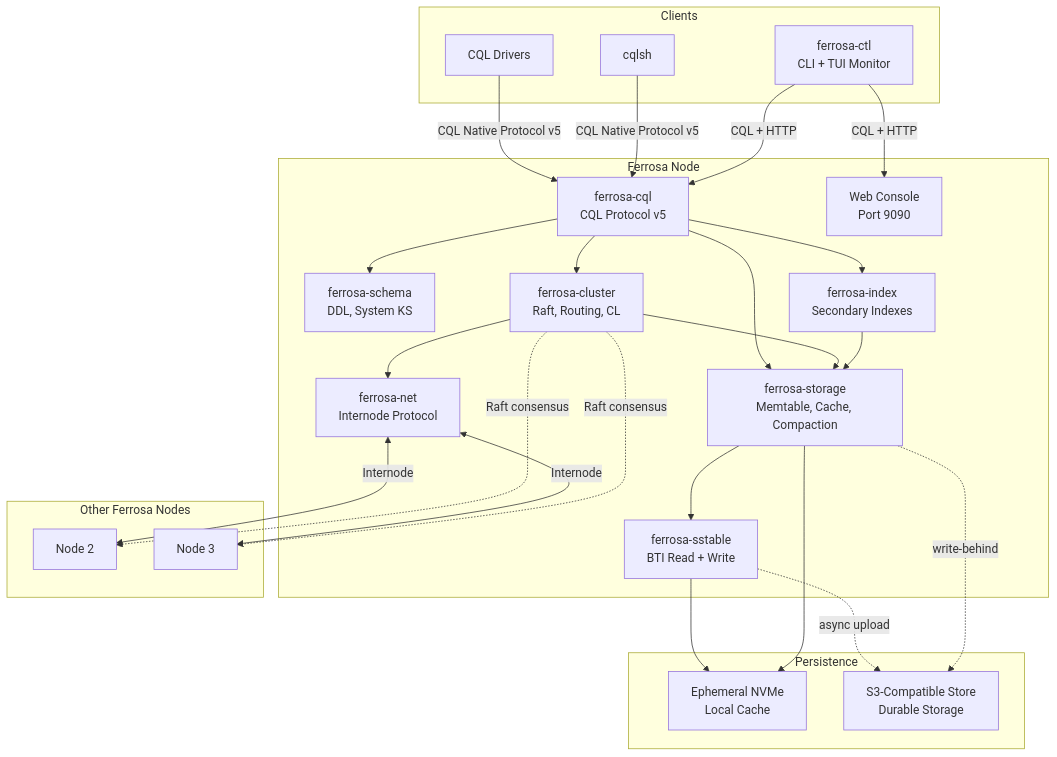
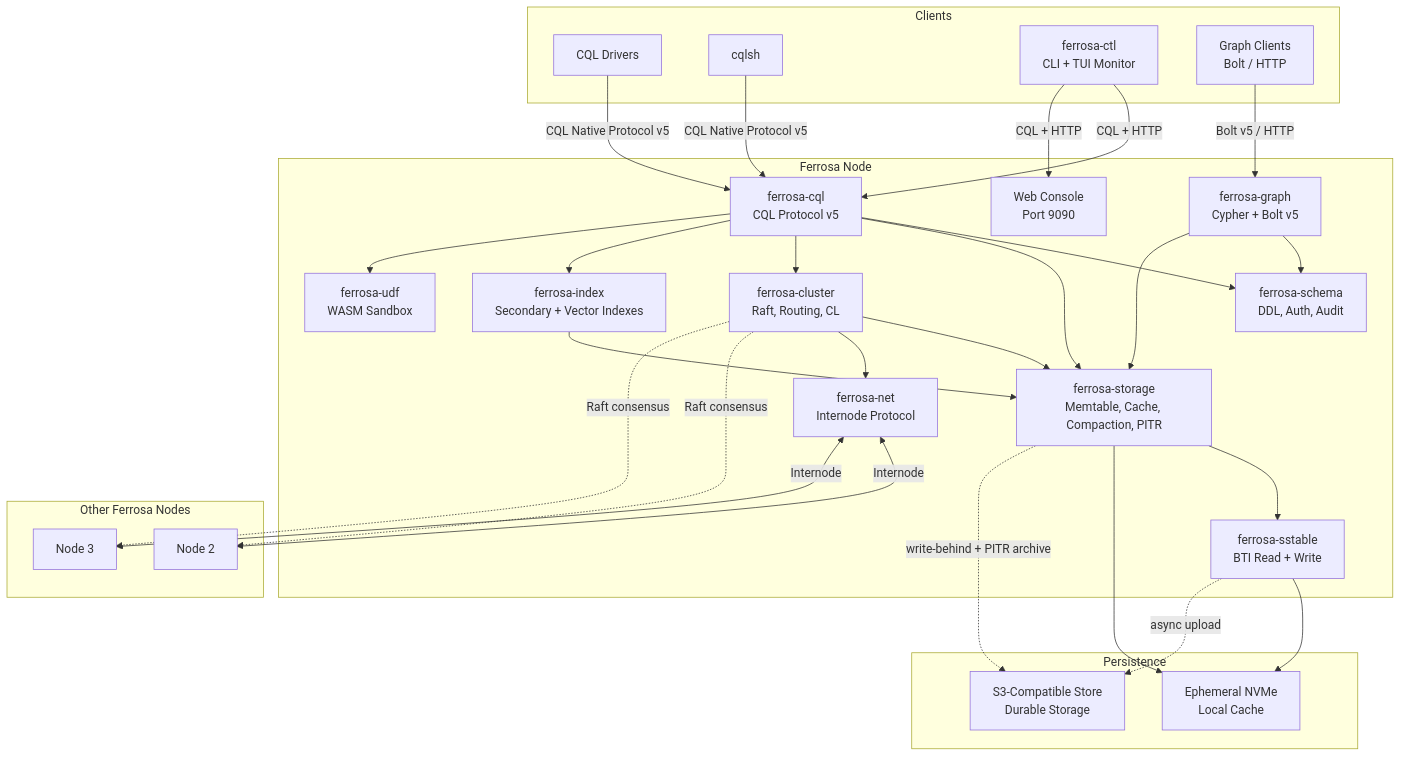
One commit to ferrosadb/ferrosa changed the first of 2 diagrams in specs/overview.md. Above: the diagram before and after it, drawn with Mermaid. The commit also changed other lines of this file and 13 other files, not shown here.

````diff
--- a/specs/overview.md
+++ b/specs/overview.md
@@ -12,46 +12,53 @@
 ```mermaid
 graph TB
     subgraph Clients
         D1[CQL Drivers]
         D2[cqlsh]
         D3[ferrosa-ctl<br/>CLI + TUI Monitor]
+        D4[Graph Clients<br/>Bolt / HTTP]
     end
 
     subgraph "Ferrosa Node"
         CQL[ferrosa-cql<br/>CQL Protocol v5]
-        Schema[ferrosa-schema<br/>DDL, System KS]
+        Graph[ferrosa-graph<br/>Cypher + Bolt v5]
+        Schema[ferrosa-schema<br/>DDL, Auth, Audit]
         Cluster[ferrosa-cluster<br/>Raft, Routing, CL]
-        Index[ferrosa-index<br/>Secondary Indexes]
-        Storage[ferrosa-storage<br/>Memtable, Cache, Compaction]
+        Index[ferrosa-index<br/>Secondary + Vector Indexes]
+        UDF[ferrosa-udf<br/>WASM Sandbox]
+        Storage[ferrosa-storage<br/>Memtable, Cache, Compaction, PITR]
         SST[ferrosa-sstable<br/>BTI Read + Write]
         Net[ferrosa-net<br/>Internode Protocol]
         Web[Web Console<br/>Port 9090]
     end
 
     subgraph "Persistence"
         NVMe[Ephemeral NVMe<br/>Local Cache]
         S3[S3-Compatible Store<br/>Durable Storage]
     end
 
     subgraph "Other Ferrosa Nodes"
         N2[Node 2]
         N3[Node 3]
     end
 
     D1 & D2 -->|CQL Native Protocol v5| CQL
     D3 -->|CQL + HTTP| CQL & Web
+    D4 -->|Bolt v5 / HTTP| Graph
     CQL --> Schema
     CQL --> Storage
     CQL --> Cluster
     CQL --> Index
+    CQL --> UDF
+    Graph --> Schema
+    Graph --> Storage
     Cluster --> Storage
     Index --> Storage
     Cluster --> Net
     Storage --> SST
     SST --> NVMe
     SST -.->|async upload| S3
     Storage --> NVMe
-    Storage -.->|write-behind| S3
+    Storage -.->|write-behind + PITR archive| S3
     Net <-->|Internode| N2 & N3
     Cluster -.->|Raft consensus| N2 & N3
 ```
````
